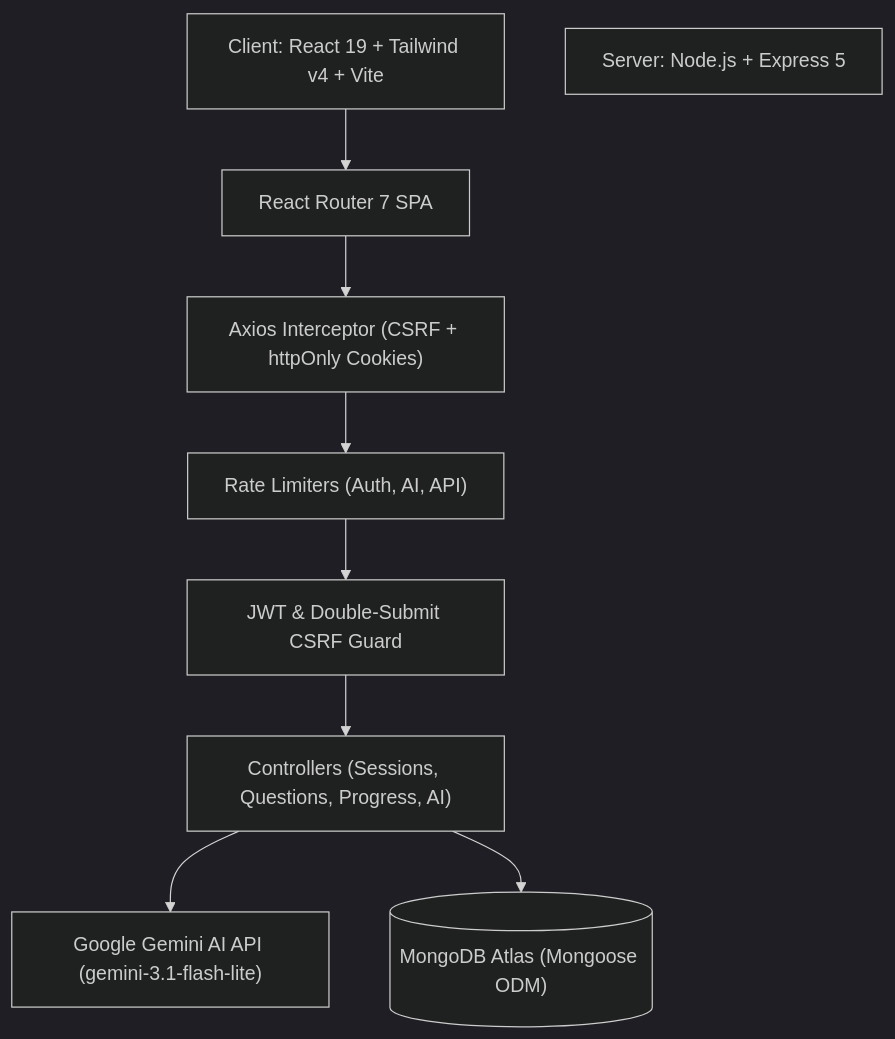
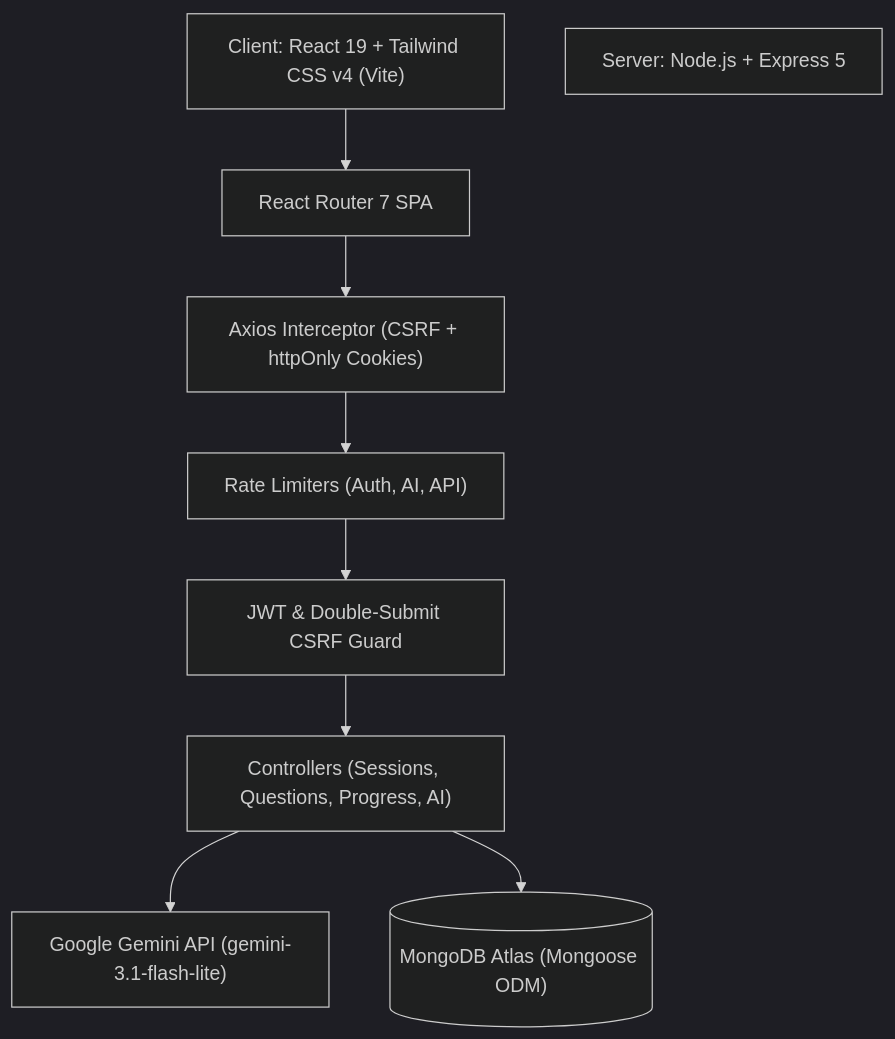
The diagram in README.md (pratstick/The-Interview-Alchemist), drawn with Mermaid (dark theme) before and after one commit. The commit also changed other lines of this file, not shown here.

````diff
--- a/README.md
+++ b/README.md
@@ -78,22 +71,22 @@
 ```mermaid
 graph TD
-    Client["Client: React 19 + Tailwind v4 + Vite"]
+    Client["Client: React 19 + Tailwind CSS v4 (Vite)"]
     Router["React Router 7 SPA"]
     Axios["Axios Interceptor (CSRF + httpOnly Cookies)"]
     
     Server["Server: Node.js + Express 5"]
     RateLimiter["Rate Limiters (Auth, AI, API)"]
     AuthMiddleware["JWT & Double-Submit CSRF Guard"]
     
     Controllers["Controllers (Sessions, Questions, Progress, AI)"]
-    Gemini["Google Gemini AI API (gemini-3.1-flash-lite)"]
+    Gemini["Google Gemini API (gemini-3.1-flash-lite)"]
     MongoDB[("MongoDB Atlas (Mongoose ODM)")]
     
     Client --> Router
     Router --> Axios
     Axios --> RateLimiter
     RateLimiter --> AuthMiddleware
     AuthMiddleware --> Controllers
     Controllers --> Gemini
     Controllers --> MongoDB
 ```
````
